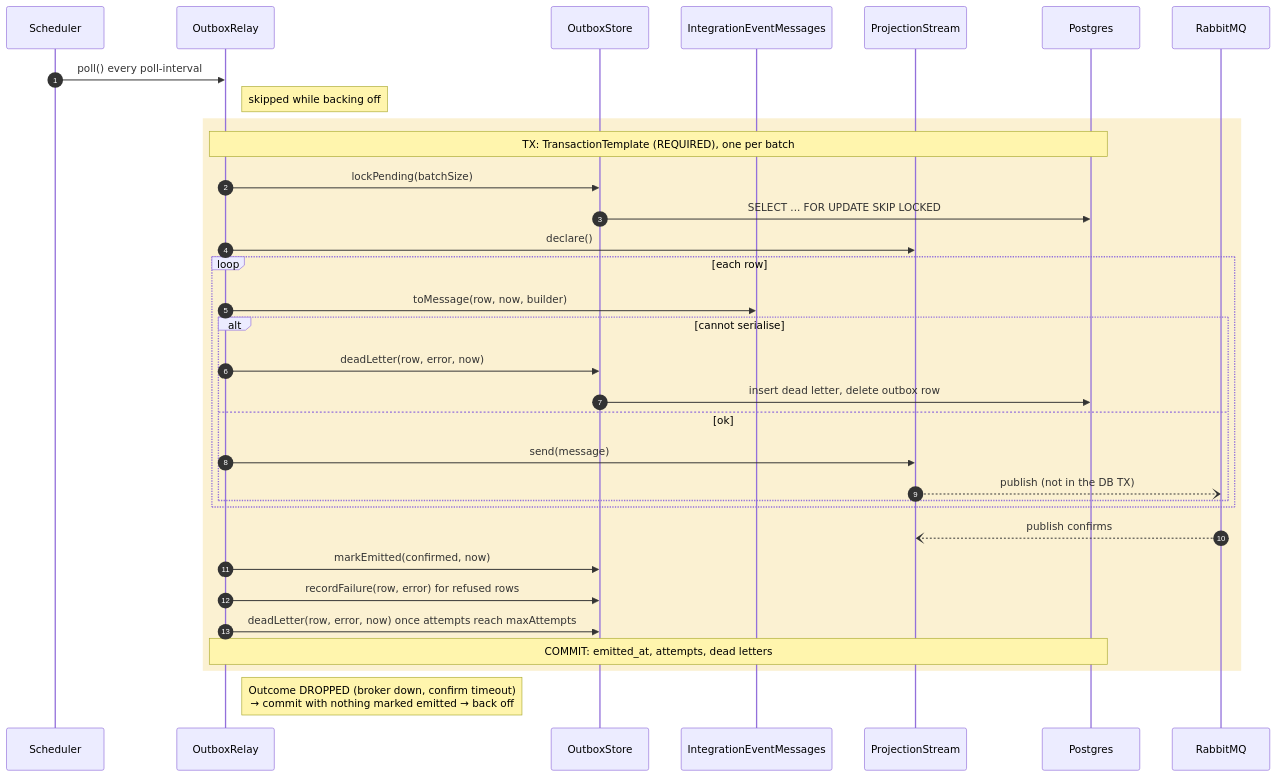
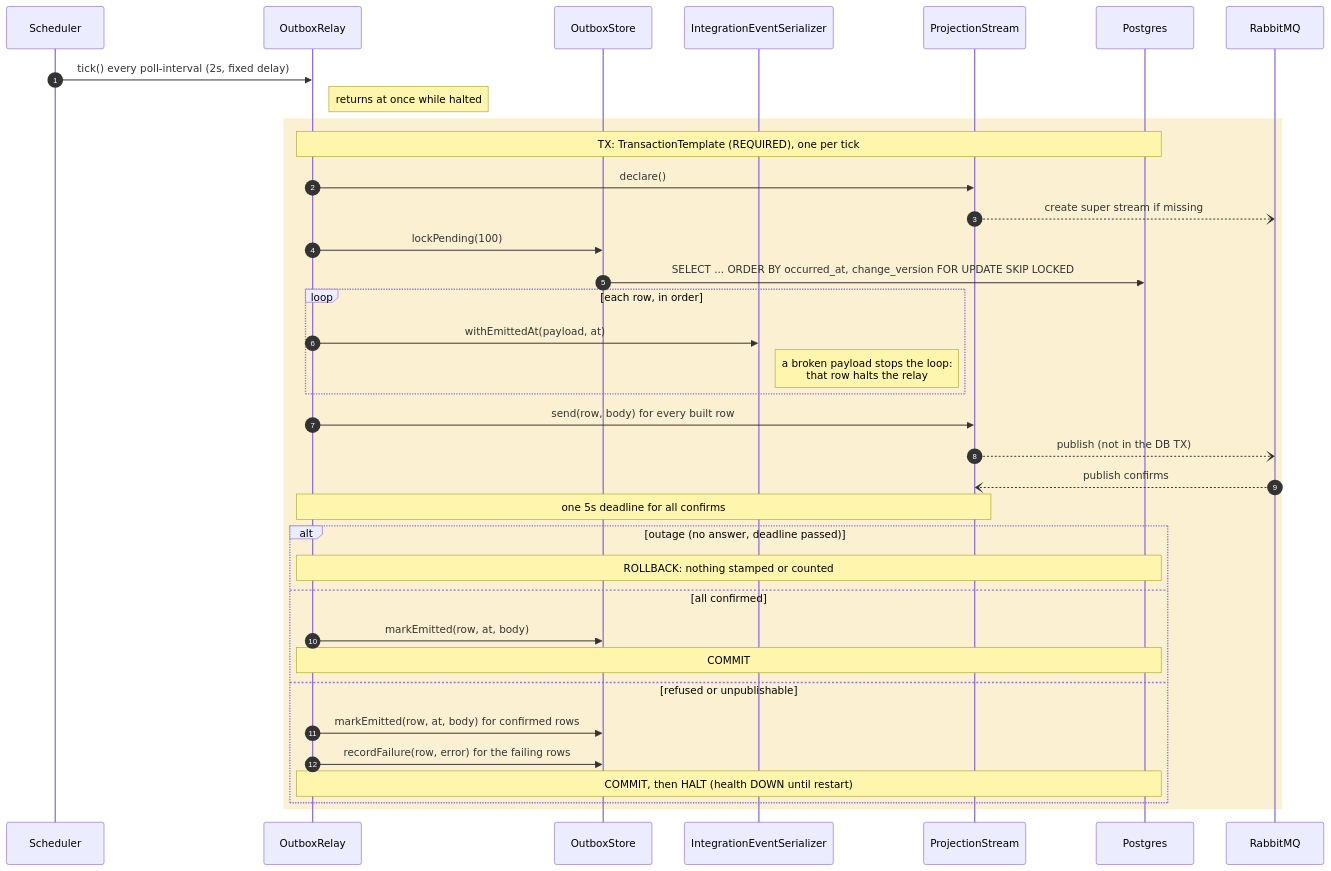
Before and after one commit to Dhiren9939/HQ-Tier0: the fourth of 11 diagrams in docs/access-class-diagram.md, drawn with Mermaid. The commit also changed other lines of this file and 1 other file, not shown here.

First line of the commit message:
docs(access): describe the halting outbox relay

````diff
--- a/docs/access-class-diagram.md
+++ b/docs/access-class-diagram.md
@@ -435,36 +437,39 @@
 ```mermaid
 sequenceDiagram
     autonumber
     participant S as Scheduler
     participant R as OutboxRelay
     participant O as OutboxStore
-    participant G as IntegrationEventMessages
+    participant J as IntegrationEventSerializer
     participant P as ProjectionStream
     participant DB as Postgres
     participant MQ as RabbitMQ
 
-    S->>R: poll() every poll-interval
-    Note right of R: skipped while backing off
+    S->>R: tick() every poll-interval (2s, fixed delay)
+    Note right of R: returns at once while halted
     rect rgba(234, 179, 8, 0.18)
-        Note over R,DB: TX: TransactionTemplate (REQUIRED), one per batch
-        R->>O: lockPending(batchSize)
-        O->>DB: SELECT ... FOR UPDATE SKIP LOCKED
+        Note over R,DB: TX: TransactionTemplate (REQUIRED), one per tick
         R->>P: declare()
-        loop each row
-            R->>G: toMessage(row, now, builder)
-            alt cannot serialise
-                R->>O: deadLetter(row, error, now)
-                O->>DB: insert dead letter, delete outbox row
-            else ok
-                R->>P: send(message)
-                P--)MQ: publish (not in the DB TX)
-            end
+        P--)MQ: create super stream if missing
+        R->>O: lockPending(100)
+        O->>DB: SELECT ... ORDER BY occurred_at, change_version FOR UPDATE SKIP LOCKED
+        loop each row, in order
+            R->>J: withEmittedAt(payload, at)
+            Note right of J: a broken payload stops the loop:<br/>that row halts the relay
         end
+        R->>P: send(row, body) for every built row
+        P--)MQ: publish (not in the DB TX)
         MQ--)P: publish confirms
-        R->>O: markEmitted(confirmed, now)
-        R->>O: recordFailure(row, error) for refused rows
-        R->>O: deadLetter(row, error, now) once attempts reach maxAttempts
-        Note over R,DB: COMMIT: emitted_at, attempts, dead letters
+        Note over R,P: one 5s deadline for all confirms
+        alt outage (no answer, deadline passed)
+            Note over R,DB: ROLLBACK: nothing stamped or counted
+        else all confirmed
+            R->>O: markEmitted(row, at, body)
+            Note over R,DB: COMMIT
+        else refused or unpublishable
+            R->>O: markEmitted(row, at, body) for confirmed rows
+            R->>O: recordFailure(row, error) for the failing rows
+            Note over R,DB: COMMIT, then HALT (health DOWN until restart)
+        end
     end
-    Note right of R: Outcome DROPPED (broker down, confirm timeout)<br/>→ commit with nothing marked emitted → back off
 ```
````
